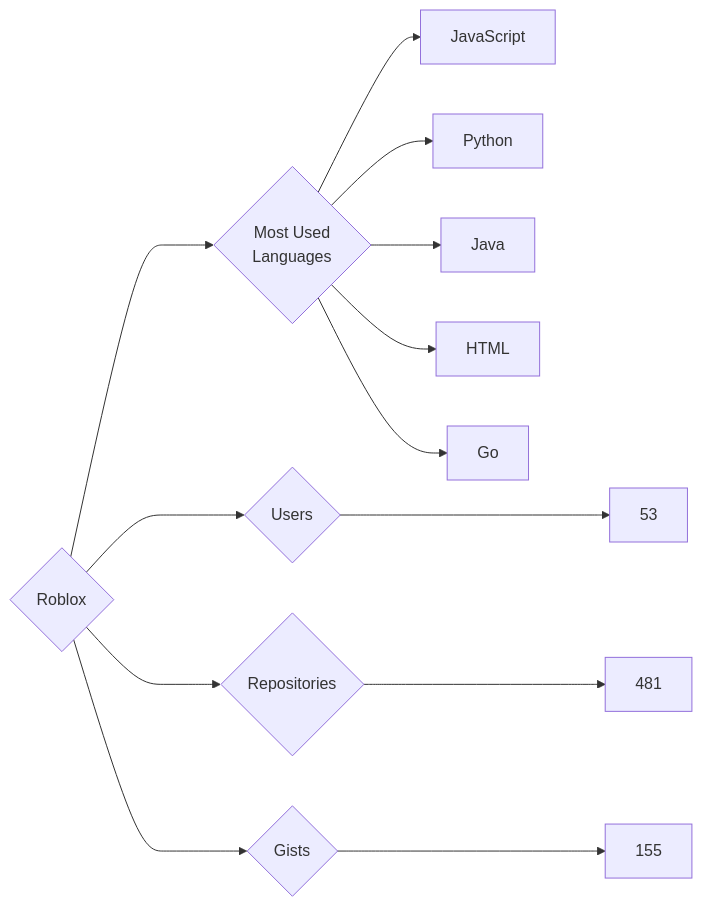
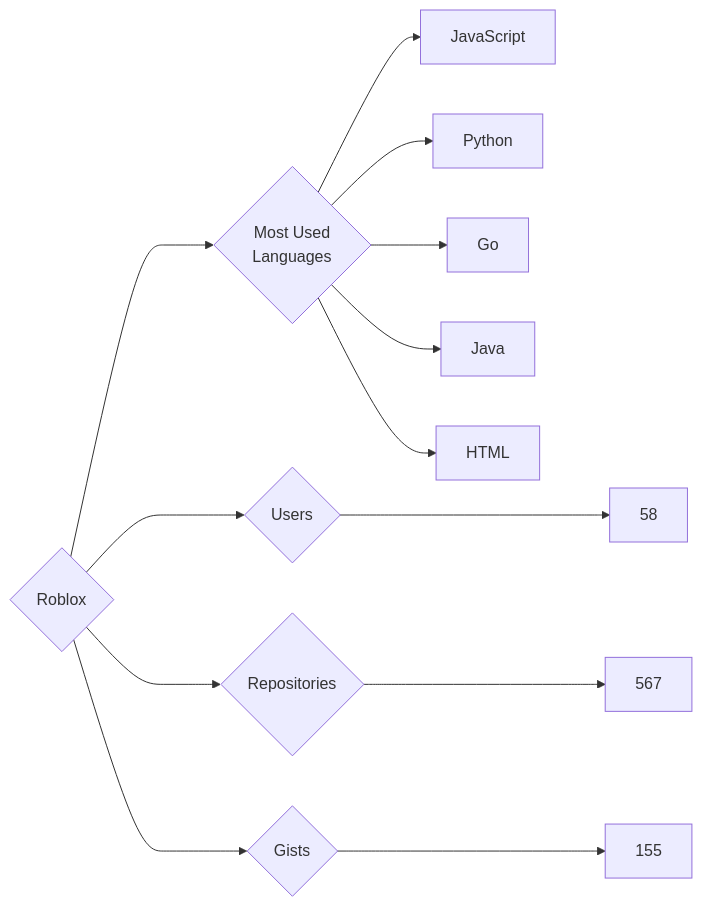
One commit to trickest/insiders changed the diagram in targets/Roblox/README.md. Above: the diagram before and after it, drawn with Mermaid. The commit also changed 912 other files, not shown here.

````diff
--- a/targets/Roblox/README.md
+++ b/targets/Roblox/README.md
@@ -3,13 +3,13 @@
 ```mermaid
 graph LR
 COMPANY_NAME{Roblox}
-COMPANY_NAME ---> U{Users} ---> UN[53]
-COMPANY_NAME ---> R{Repositories} ---> RN[481]
+COMPANY_NAME ---> U{Users} ---> UN[58]
+COMPANY_NAME ---> R{Repositories} ---> RN[567]
 COMPANY_NAME ---> G{Gists} ---> GN[155]
 COMPANY_NAME ---> ML{Most Used<br>Languages}
 ML --> JavaScript[JavaScript]
 ML --> Python[Python]
+ML --> Go[Go]
 ML --> Java[Java]
 ML --> HTML[HTML]
-ML --> Go[Go]
 ```
````
